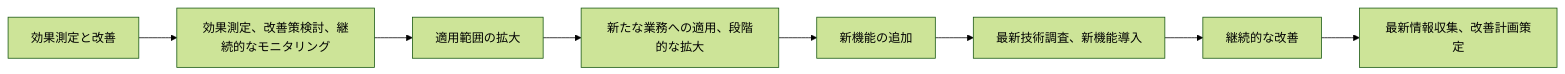
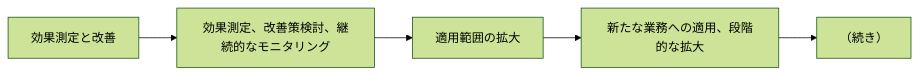
Before and after one commit to SparklingDetergent/doc_genai_How_to_evaluate_the_cost-effectiveness_of_using_generative_AI_for_business_purposes: diagram 12 of 21 in README.md, drawn with Mermaid (forest theme). The commit also changed other lines of this file, not shown here.

````diff
--- a/README.md
+++ b/README.md
@@ -332,10 +337,7 @@
 ```mermaid
 graph LR
     A[効果測定と改善] --> B[効果測定、改善策検討、継続的なモニタリング]
     B --> C[適用範囲の拡大]
     C --> D[新たな業務への適用、段階的な拡大]
-    D --> E[新機能の追加]
-    E --> F[最新技術調査、新機能導入]
-    F --> G[継続的な改善]
-    G --> H[最新情報収集、改善計画策定]
+    D --> E[（続き）]
 ```
````
